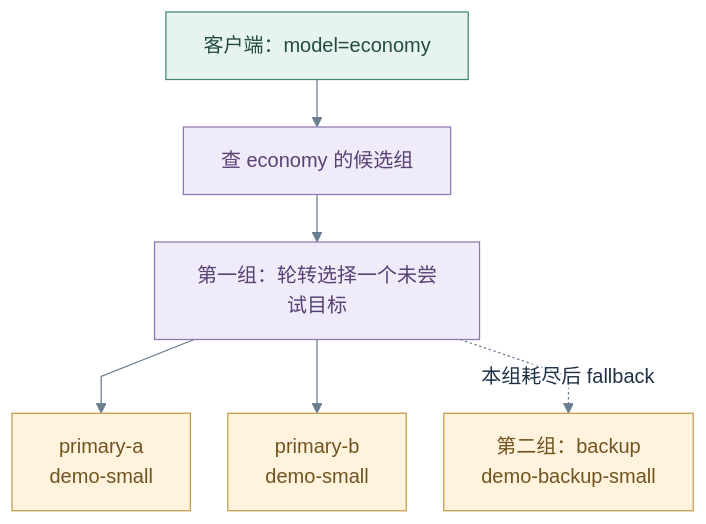
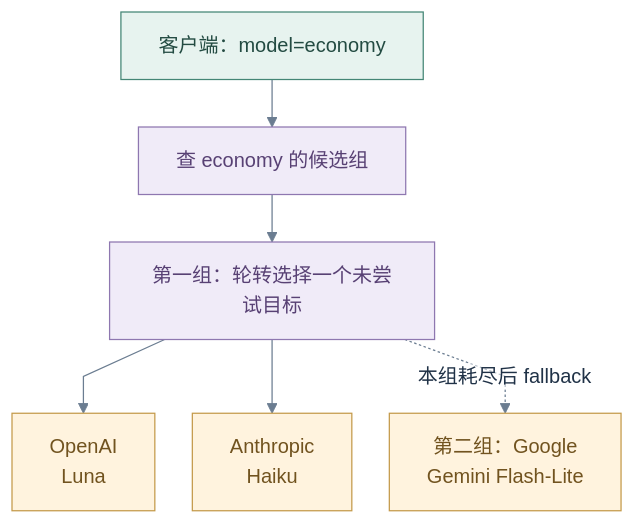
Before and after one commit to songofhawk/go-llm-gateway: the diagram in docs/diagrams/02-routing-lesson.mmd, drawn with Mermaid. The commit also changed 176 other files, not shown here.

```diff
--- a/docs/diagrams/02-routing-lesson.mmd
+++ b/docs/diagrams/02-routing-lesson.mmd
@@ -1,51 +1,51 @@
 ---
 config:
   theme: "base"
   fontFamily: "Arial, PingFang SC, Microsoft YaHei, sans-serif"
   themeVariables:
     fontSize: "16px"
     primaryColor: "#eef4fa"
     primaryTextColor: "#203247"
     primaryBorderColor: "#8496ab"
     lineColor: "#6b7d91"
     secondaryColor: "#eaf6f1"
     tertiaryColor: "#fff4df"
     noteBkgColor: "#fff4df"
     noteTextColor: "#61491f"
     noteBorderColor: "#b4a17d"
     actorBkg: "#eef4fa"
     actorBorder: "#8496ab"
     actorTextColor: "#203247"
     edgeLabelBackground: "#FFFFFF"
   flowchart:
     htmlLabels: false
     curve: "linear"
     nodeSpacing: 30
     rankSpacing: 38
     useMaxWidth: true
   sequence:
     useMaxWidth: true
     wrap: true
     actorMargin: 40
     width: 150
     messageMargin: 30
     noteMargin: 12
   state:
     useMaxWidth: true
 ---
 flowchart TB
     accTitle: 第二课的逻辑档次、组内轮转与备用组
-    accDescr: 客户端指定economy，配置映射为主组A与B及备用组。每次先调用一个候选，可重试失败继续组内尝试，主组用尽后才进入备用组。
+    accDescr: 客户端指定economy，配置映射为OpenAI、Anthropic及Google备用组。每次先调用一个候选，可重试失败继续组内尝试，主组用尽后才进入备用组。
     C["客户端：model=economy"] --> G["查 economy 的候选组"]
     G --> R["第一组：轮转选择一个未尝试目标"]
-    R --> A["primary-a<br/>demo-small"]
-    R --> B["primary-b<br/>demo-small"]
-    R -.->|"本组耗尽后 fallback"| F["第二组：backup<br/>demo-backup-small"]
+    R --> A["OpenAI<br/>Luna"]
+    R --> B["Anthropic<br/>Haiku"]
+    R -.->|"本组耗尽后 fallback"| F["第二组：Google<br/>Gemini Flash-Lite"]
     classDef client fill:#E7F3EF,stroke:#448675,color:#234B42;
     classDef http fill:#EAF0FA,stroke:#6285B7,color:#29466D;
     classDef routing fill:#F0EBF8,stroke:#8E77B0,color:#584174;
     classDef upstream fill:#FFF3DE,stroke:#C49A4A,color:#71531F;
     classDef error fill:#FCEBE7,stroke:#C77D6B,color:#773F33;
     class C client;
     class G,R routing;
     class A,B,F upstream;
```
